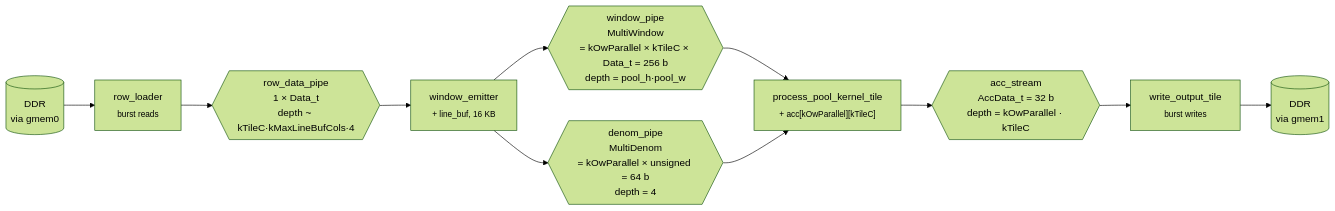
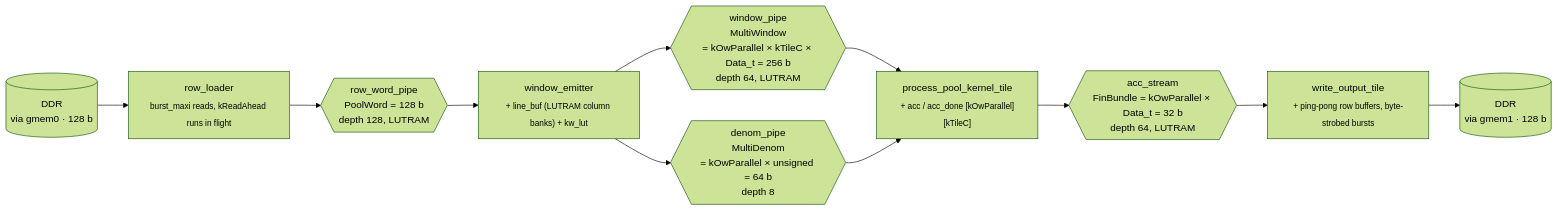
One commit to phoenix367/cormorant changed the first of 4 diagrams in doc/POOLING_KERNEL.md. Above: the diagram before and after it, drawn with Mermaid (forest theme). The commit also changed other lines of this file and 28 other files, not shown here.

````diff
--- a/doc/POOLING_KERNEL.md
+++ b/doc/POOLING_KERNEL.md
@@ -133,18 +133,18 @@
 ```mermaid
 flowchart LR
-    DDR0[("DDR<br/>via gmem0")]
-    DDR1[("DDR<br/>via gmem1")]
-    RL["row_loader<br/><sub>burst reads</sub>"]
-    WE["window_emitter<br/><sub>+ line_buf, 16 KB</sub>"]
-    PP["process_pool_kernel_tile<br/><sub>+ acc[kOwParallel][kTileC]</sub>"]
-    WO["write_output_tile<br/><sub>burst writes</sub>"]
-    RP{{"row_data_pipe<br/>1 × Data_t<br/>depth ~ kTileC·kMaxLineBufCols·4"}}
-    WP{{"window_pipe<br/>MultiWindow<br/>= kOwParallel × kTileC × Data_t = 256 b<br/>depth = pool_h·pool_w"}}
-    DPP{{"denom_pipe<br/>MultiDenom<br/>= kOwParallel × unsigned = 64 b<br/>depth = 4"}}
-    AS{{"acc_stream<br/>AccData_t = 32 b<br/>depth = kOwParallel · kTileC"}}
+    DDR0[("DDR<br/>via gmem0 · 128 b")]
+    DDR1[("DDR<br/>via gmem1 · 128 b")]
+    RL["row_loader<br/><sub>burst_maxi reads, kReadAhead runs in flight</sub>"]
+    WE["window_emitter<br/><sub>+ line_buf (LUTRAM column banks) + kw_lut</sub>"]
+    PP["process_pool_kernel_tile<br/><sub>+ acc / acc_done [kOwParallel][kTileC]</sub>"]
+    WO["write_output_tile<br/><sub>+ ping-pong row buffers, byte-strobed bursts</sub>"]
+    RP{{"row_word_pipe<br/>PoolWord = 128 b<br/>depth 128, LUTRAM"}}
+    WP{{"window_pipe<br/>MultiWindow<br/>= kOwParallel × kTileC × Data_t = 256 b<br/>depth 64, LUTRAM"}}
+    DPP{{"denom_pipe<br/>MultiDenom<br/>= kOwParallel × unsigned = 64 b<br/>depth 8"}}
+    AS{{"acc_stream<br/>FinBundle = kOwParallel × Data_t = 32 b<br/>depth 64, LUTRAM"}}
 
     DDR0 --> RL --> RP --> WE
     WE --> WP --> PP
     WE --> DPP --> PP
     PP --> AS --> WO --> DDR1
 ```
````
